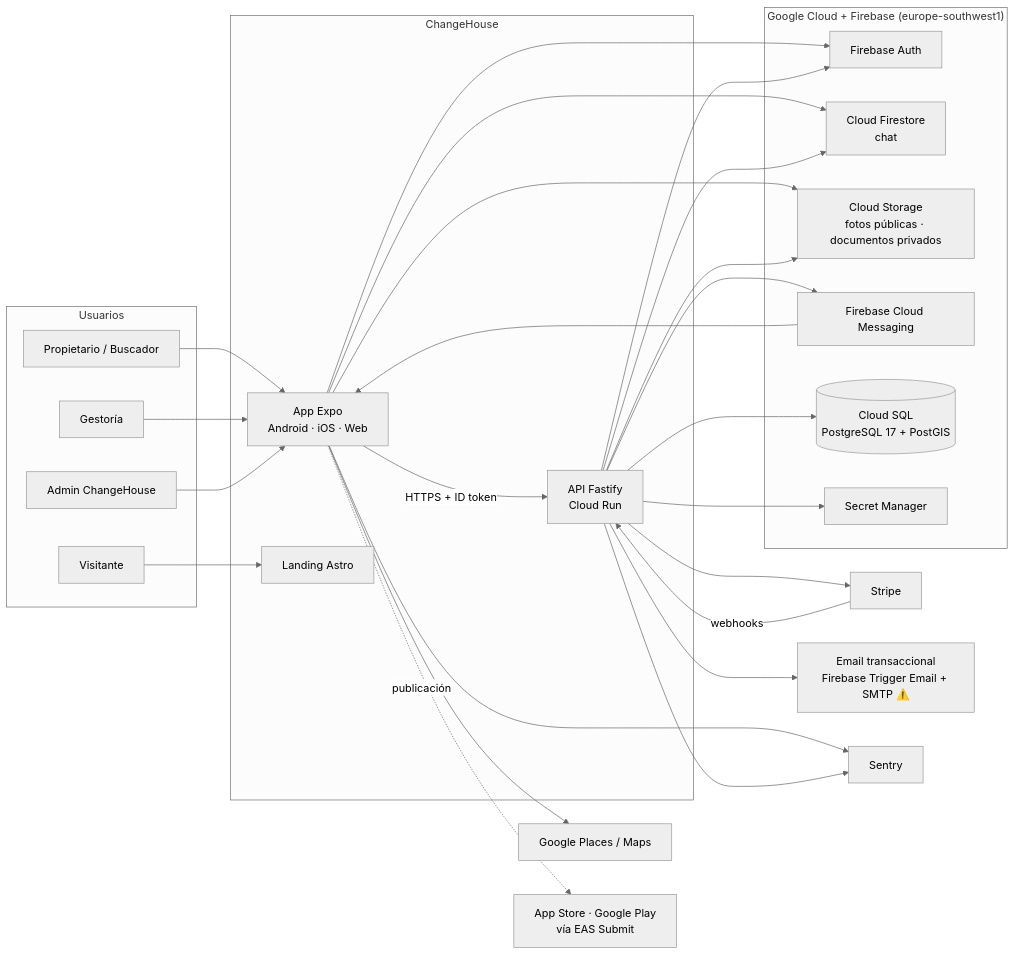
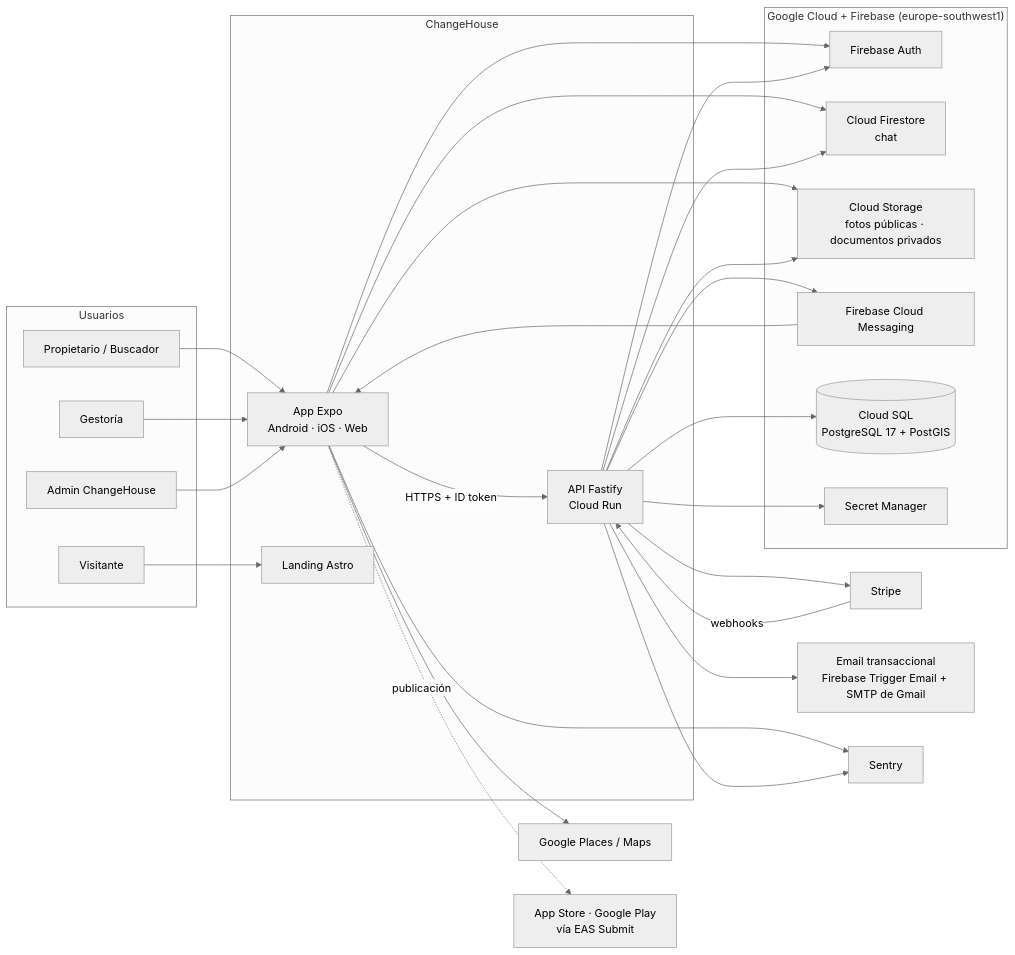
One commit to lcasadov/ChangeHouse changed the first of 6 diagrams in docs/architecture.md. Above: the diagram before and after it, drawn with Mermaid (neutral theme). The commit also changed other lines of this file and 6 other files, not shown here.

Commit message:
Añadir preferencias de búsqueda por vivienda, fijar el límite diario y el SMTP de Gmail #3

````diff
--- a/docs/architecture.md
+++ b/docs/architecture.md
@@ -13,53 +13,53 @@
 ```mermaid
 flowchart LR
     subgraph Usuarios
       VIS[Visitante]
       PRO[Propietario / Buscador]
       GES[Gestoría]
       ADM[Admin ChangeHouse]
     end
 
     subgraph ChangeHouse
       APP[App Expo<br/>Android · iOS · Web]
       LAN[Landing Astro]
       API[API Fastify<br/>Cloud Run]
     end
 
     subgraph Google["Google Cloud + Firebase (europe-southwest1)"]
       AUTH[Firebase Auth]
       FS[Cloud Firestore<br/>chat]
       GCS[Cloud Storage<br/>fotos públicas · documentos privados]
       FCM[Firebase Cloud Messaging]
       SQL[(Cloud SQL<br/>PostgreSQL 17 + PostGIS)]
       SM[Secret Manager]
     end
 
     STRIPE[Stripe]
-    MAIL[Email transaccional<br/>Firebase Trigger Email + SMTP ⚠️]
+    MAIL[Email transaccional<br/>Firebase Trigger Email + SMTP de Gmail]
     SENTRY[Sentry]
     PLACES[Google Places / Maps]
     STORES[App Store · Google Play<br/>vía EAS Submit]
 
     VIS --> LAN
     PRO --> APP
     GES --> APP
     ADM --> APP
     APP --> AUTH
     APP --> FS
     APP --> GCS
     APP --> PLACES
     APP -->|HTTPS + ID token| API
     FCM --> APP
     API --> SQL
     API --> AUTH
     API --> GCS
     API --> FCM
     API --> FS
     API --> STRIPE
     STRIPE -->|webhooks| API
     API --> MAIL
     API --> SM
     APP --> SENTRY
     API --> SENTRY
     APP -.publicación.-> STORES
 ```
````
